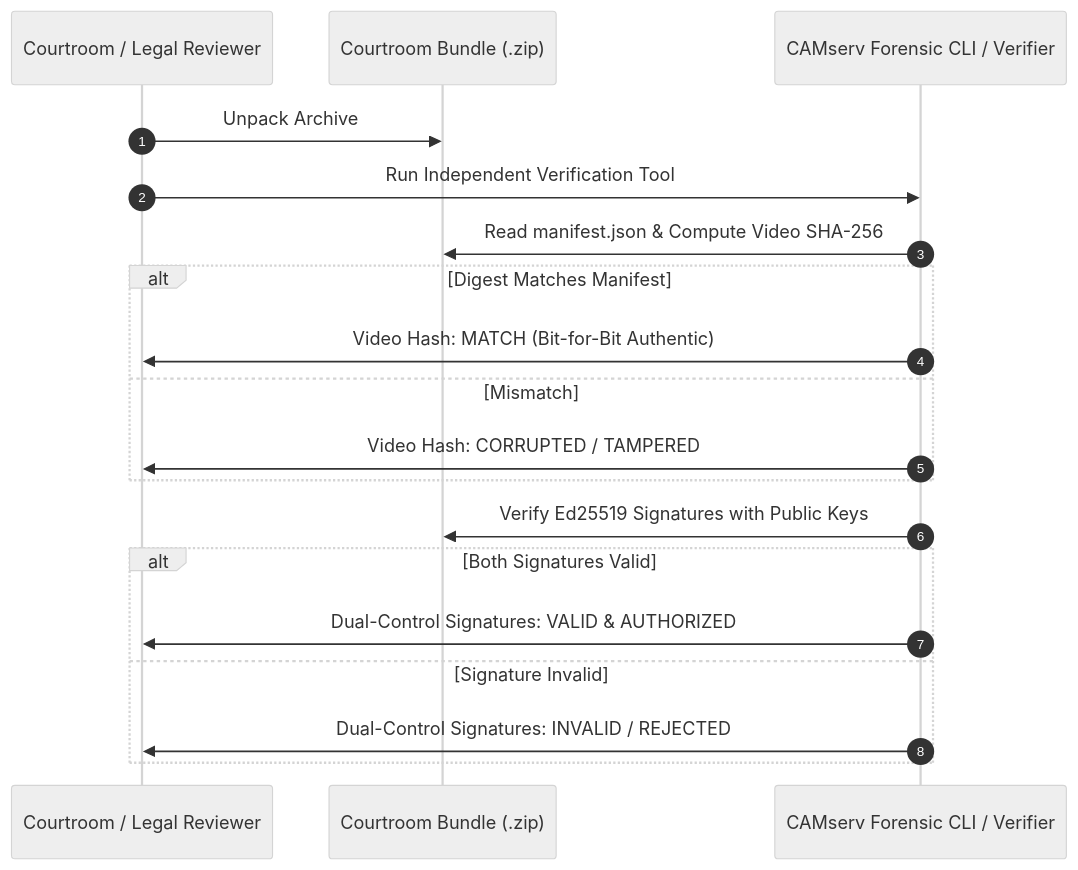
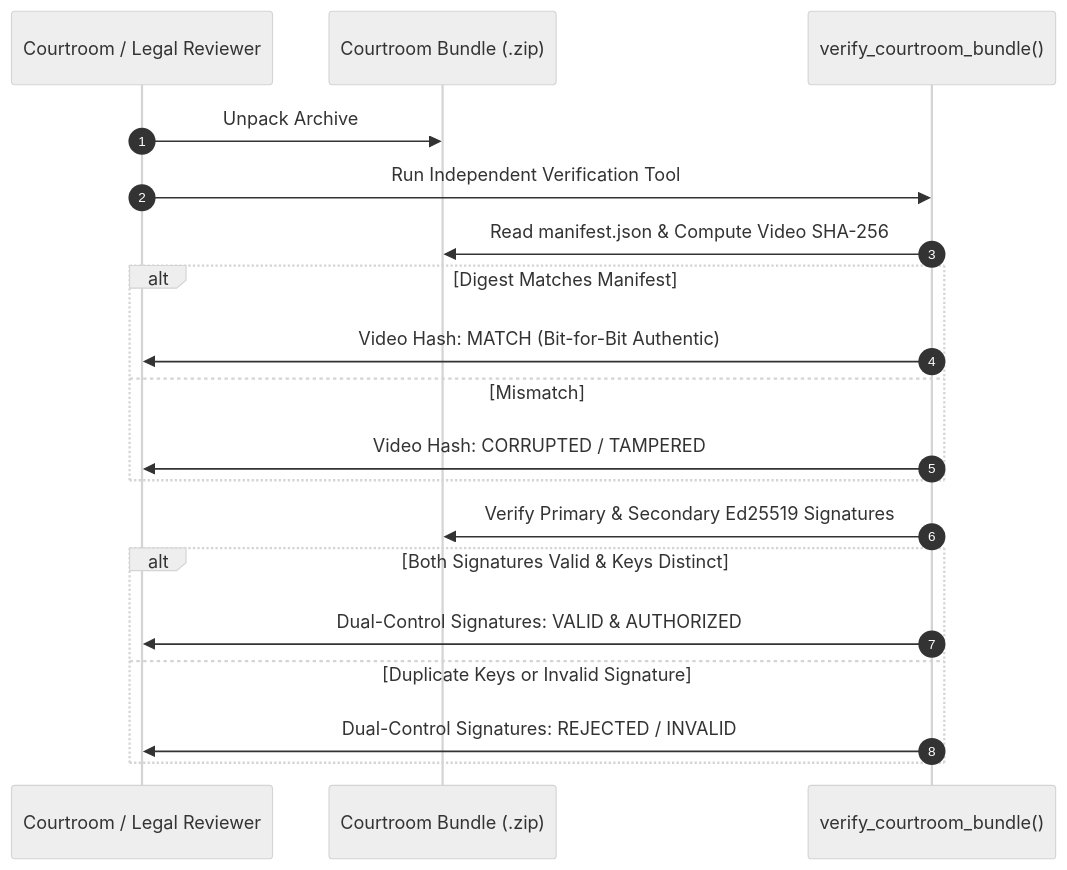
One commit to aboulouafaeit-sys/CAMserv.IT changed the second of 2 diagrams in docs/PHASE-24-EVIDENCE-PRESERVATION.md. Above: the diagram before and after it, drawn with Mermaid (neutral theme). The commit also changed other lines of this file and 15 other files, not shown here.

````diff
--- a/docs/PHASE-24-EVIDENCE-PRESERVATION.md
+++ b/docs/PHASE-24-EVIDENCE-PRESERVATION.md
@@ -88,22 +98,22 @@
 ```mermaid
 sequenceDiagram
     autonumber
     participant Court as Courtroom / Legal Reviewer
     participant Bundle as Courtroom Bundle (.zip)
-    participant Verifier as CAMserv Forensic CLI / Verifier
+    participant Verifier as verify_courtroom_bundle()
 
     Court->>Bundle: Unpack Archive
     Court->>Verifier: Run Independent Verification Tool
     Verifier->>Bundle: Read manifest.json & Compute Video SHA-256
     alt Digest Matches Manifest
         Verifier->>Court: Video Hash: MATCH (Bit-for-Bit Authentic)
     else Mismatch
         Verifier->>Court: Video Hash: CORRUPTED / TAMPERED
     end
-    Verifier->>Bundle: Verify Ed25519 Signatures with Public Keys
-    alt Both Signatures Valid
+    Verifier->>Bundle: Verify Primary & Secondary Ed25519 Signatures
+    alt Both Signatures Valid & Keys Distinct
         Verifier->>Court: Dual-Control Signatures: VALID & AUTHORIZED
-    else Signature Invalid
-        Verifier->>Court: Dual-Control Signatures: INVALID / REJECTED
+    else Duplicate Keys or Invalid Signature
+        Verifier->>Court: Dual-Control Signatures: REJECTED / INVALID
     end
 ```
````
